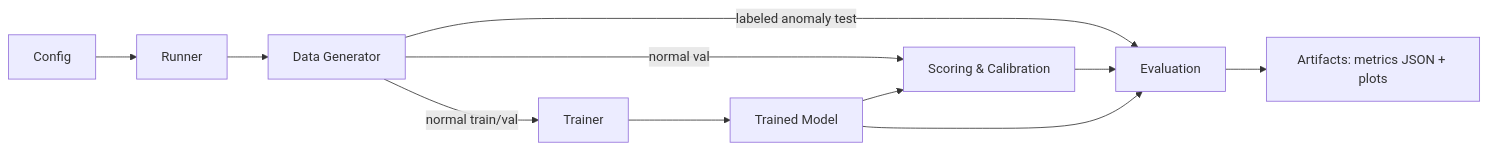
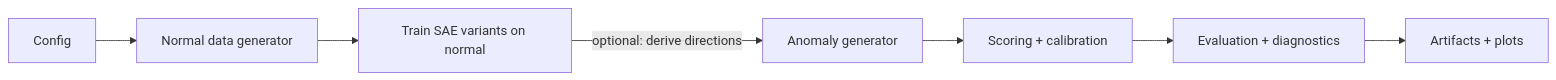
Before and after one commit to bwieciech/sign-aware-sparse-autoencoders: the diagram in specs/directional-deviation-detection-experiment/design.md, drawn with Mermaid. The commit also changed other lines of this file and 3 other files, not shown here.

````diff
--- a/specs/directional-deviation-detection-experiment/design.md
+++ b/specs/directional-deviation-detection-experiment/design.md
@@ -47,13 +25,9 @@
 ```mermaid
 flowchart LR
-  C[Config] --> R[Runner]
-  R --> D[Data Generator]
-  D -->|normal train/val| T[Trainer]
-  T --> M[Trained Model]
-  D -->|normal val| S[Scoring & Calibration]
-  M --> S
-  D -->|labeled anomaly test| E[Evaluation]
-  S --> E
-  M --> E
-  E --> A[Artifacts: metrics JSON + plots]
+  C[Config] --> D[Normal data generator]
+  D --> T[Train SAE variants on normal]
+  T -->|optional: derive directions| A[Anomaly generator]
+  A --> S[Scoring + calibration]
+  S --> E[Evaluation + diagnostics]
+  E --> R[Artifacts + plots]
 ```
````
